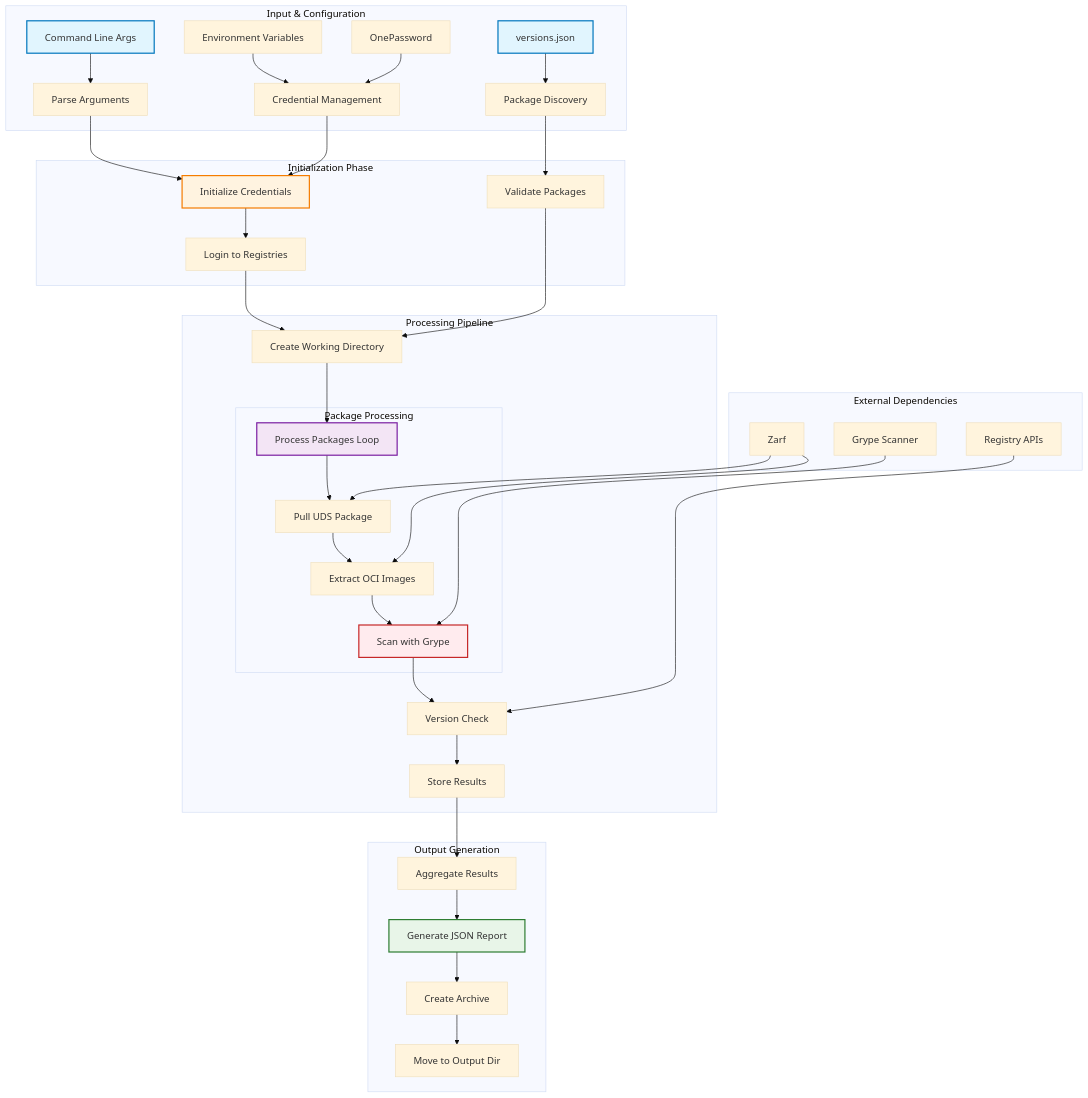
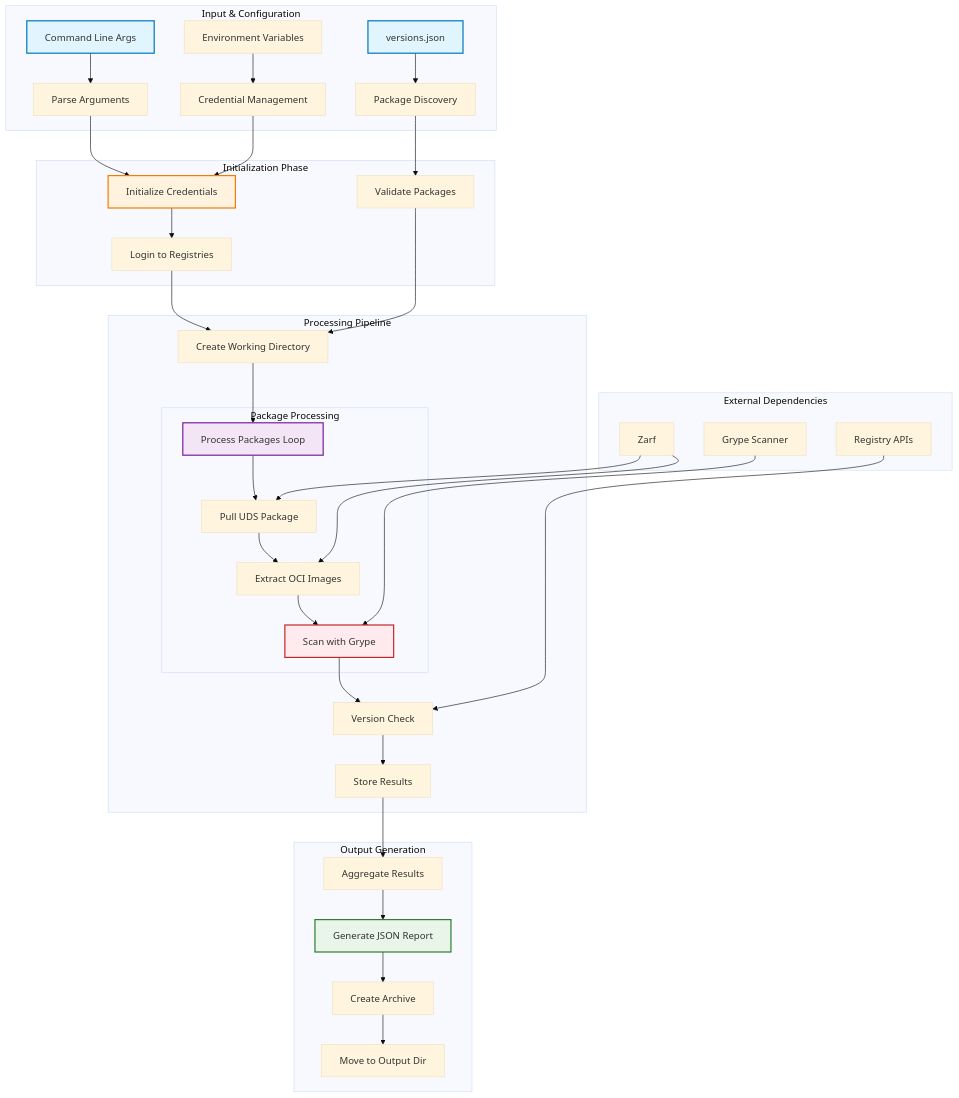
The first of 8 diagrams in docs/UDS_Scanner_Execution_Plan.md (mkm29/uds-utils), drawn with Mermaid (base theme) before and after one commit. The commit also changed other lines of this file and 4 other files, not shown here.

Commit message:
Add settings and documentation for UDS Vulnerability Scanner; remove OnePassword integration

````diff
--- a/docs/UDS_Scanner_Execution_Plan.md
+++ b/docs/UDS_Scanner_Execution_Plan.md
@@ -9,52 +9,51 @@
 ```mermaid
 graph TB
     subgraph "Input & Configuration"
         A[Command Line Args] --> B[Parse Arguments]
         C[versions.json] --> D[Package Discovery]
         E[Environment Variables] --> F[Credential Management]
-        G[OnePassword] --> F
     end
 
     subgraph "Initialization Phase"
         B --> H[Initialize Credentials]
         F --> H
         H --> I[Login to Registries]
         D --> J[Validate Packages]
     end
 
     subgraph "Processing Pipeline"
         I --> K[Create Working Directory]
         J --> K
         K --> L[Process Packages Loop]
 
         subgraph "Package Processing"
             L --> M[Pull UDS Package]
             M --> N[Extract OCI Images]
             N --> O[Scan with Grype]
         end
 
         O --> P[Version Check]
         P --> Q[Store Results]
     end
 
     subgraph "Output Generation"
         Q --> R[Aggregate Results]
         R --> S[Generate JSON Report]
         S --> T[Create Archive]
         T --> U[Move to Output Dir]
     end
 
     subgraph "External Dependencies"
         V[Zarf] --> M
         V --> N
         W[Grype Scanner] --> O
         X[Registry APIs] --> P
     end
 
     style A fill:#e1f5fe,stroke:#0277bd,stroke-width:2px
     style C fill:#e1f5fe,stroke:#0277bd,stroke-width:2px
     style H fill:#fff3e0,stroke:#f57c00,stroke-width:2px
     style L fill:#f3e5f5,stroke:#7b1fa2,stroke-width:2px
     style O fill:#ffebee,stroke:#c62828,stroke-width:2px
     style S fill:#e8f5e8,stroke:#2e7d32,stroke-width:2px
 ```
````
